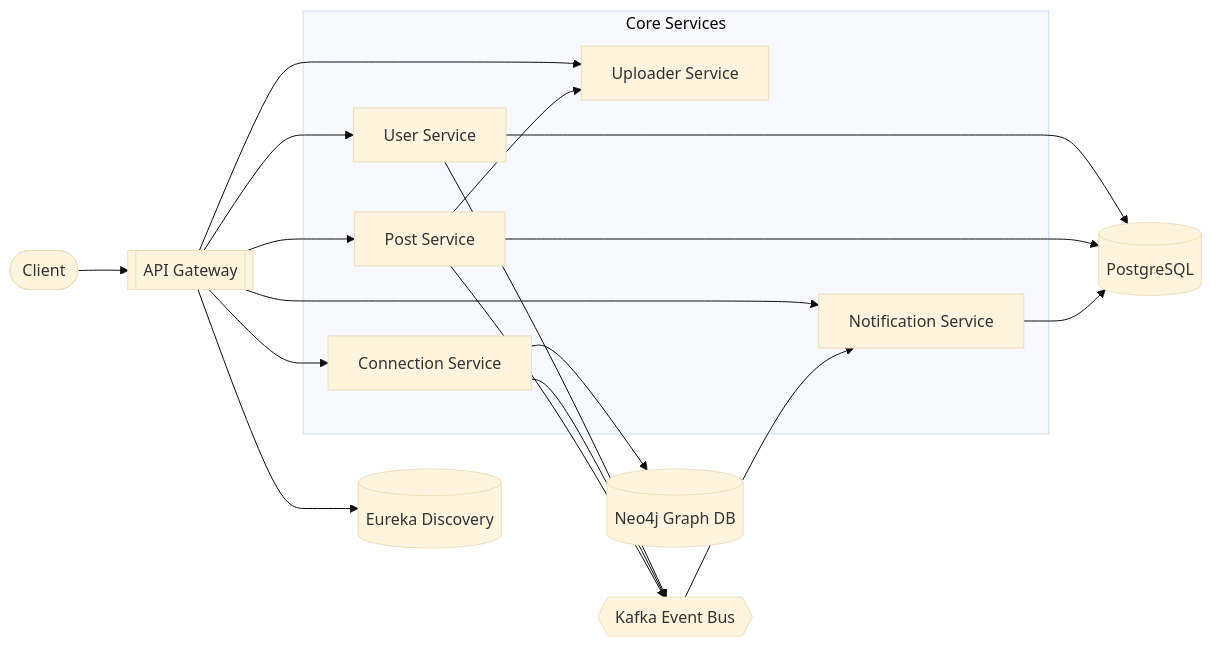
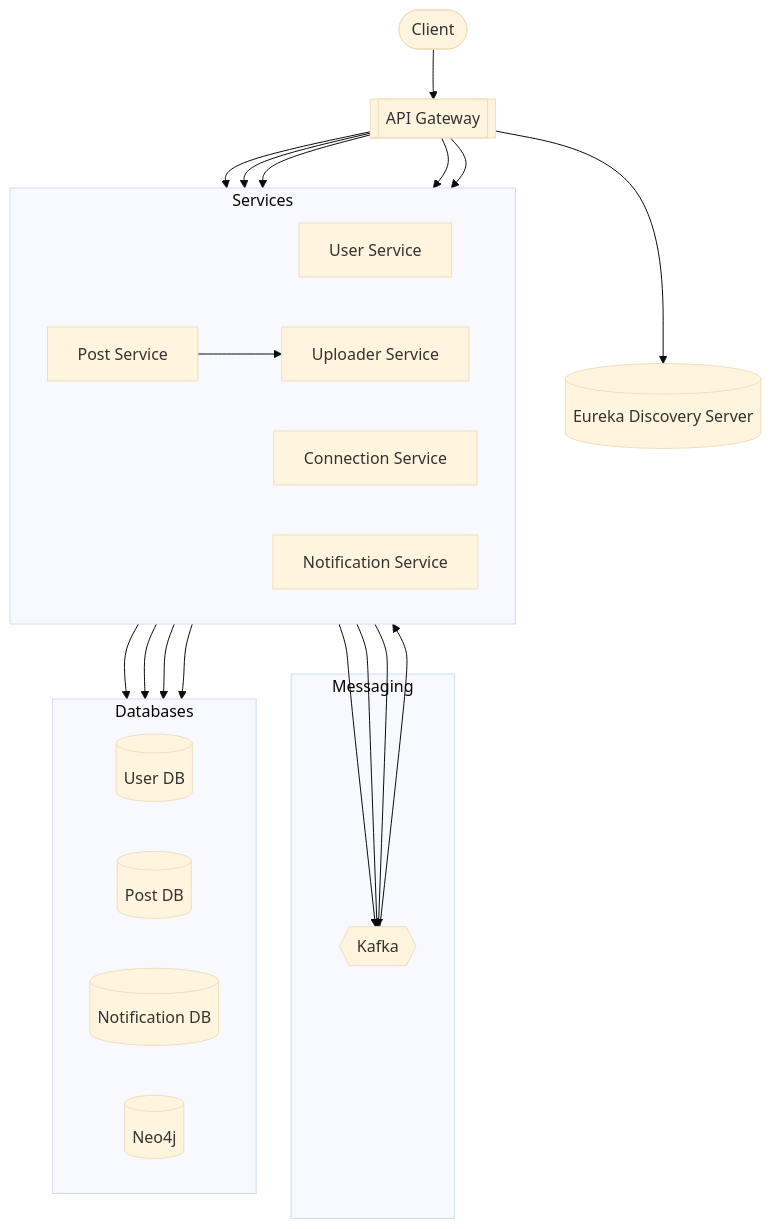
Before and after one commit to Ashudmat/linkedin-distributed-system: the diagram in README.md, drawn with Mermaid (base theme).

Commit message:
Added README file

````diff
--- a/README.md
+++ b/README.md
@@ -20,44 +20,50 @@
 ```mermaid
-flowchart LR
+flowchart TB
 
     Client([Client])
 
     Gateway[[API Gateway]]
-    Eureka[(Eureka Discovery)]
+    Eureka[(Eureka Discovery Server)]
 
-    subgraph Core Services
+    Client --> Gateway
+    Gateway --> Eureka
+
+    subgraph Services
+        direction LR
         User[User Service]
         Connection[Connection Service]
         Post[Post Service]
         Notification[Notification Service]
         Uploader[Uploader Service]
     end
 
-    Kafka{{Kafka Event Bus}}
-
-    Postgres[(PostgreSQL)]
-    Neo4j[(Neo4j Graph DB)]
-
-    Client --> Gateway
-    Gateway --> Eureka
-
     Gateway --> User
     Gateway --> Connection
     Gateway --> Post
     Gateway --> Notification
     Gateway --> Uploader
 
-    User --> Postgres
-    Post --> Postgres
-    Notification --> Postgres
-
-    Connection --> Neo4j
+    subgraph Messaging
+        Kafka{{Kafka}}
+    end
 
     User --> Kafka
     Connection --> Kafka
     Post --> Kafka
+    Kafka --> Notification
 
-    Kafka --> Notification
+    subgraph Databases
+        direction LR
+        PG1[(User DB)]
+        PG2[(Post DB)]
+        PG3[(Notification DB)]
+        Neo4j[(Neo4j)]
+    end
+
+    User --> PG1
+    Post --> PG2
+    Notification --> PG3
+    Connection --> Neo4j
 
     Post --> Uploader
 ```
````
